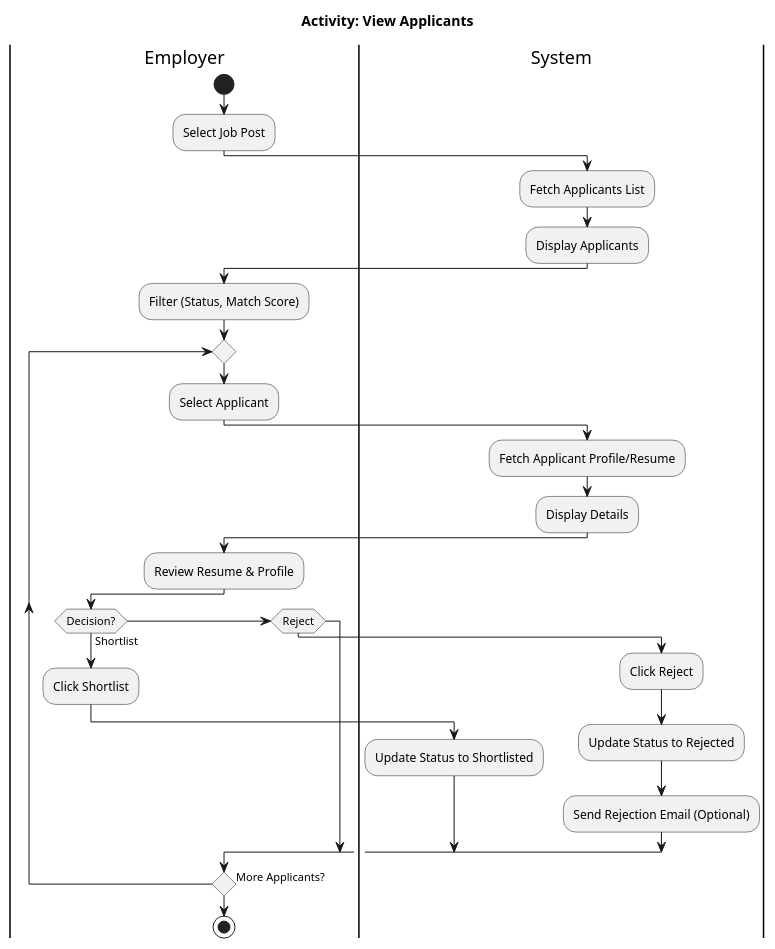
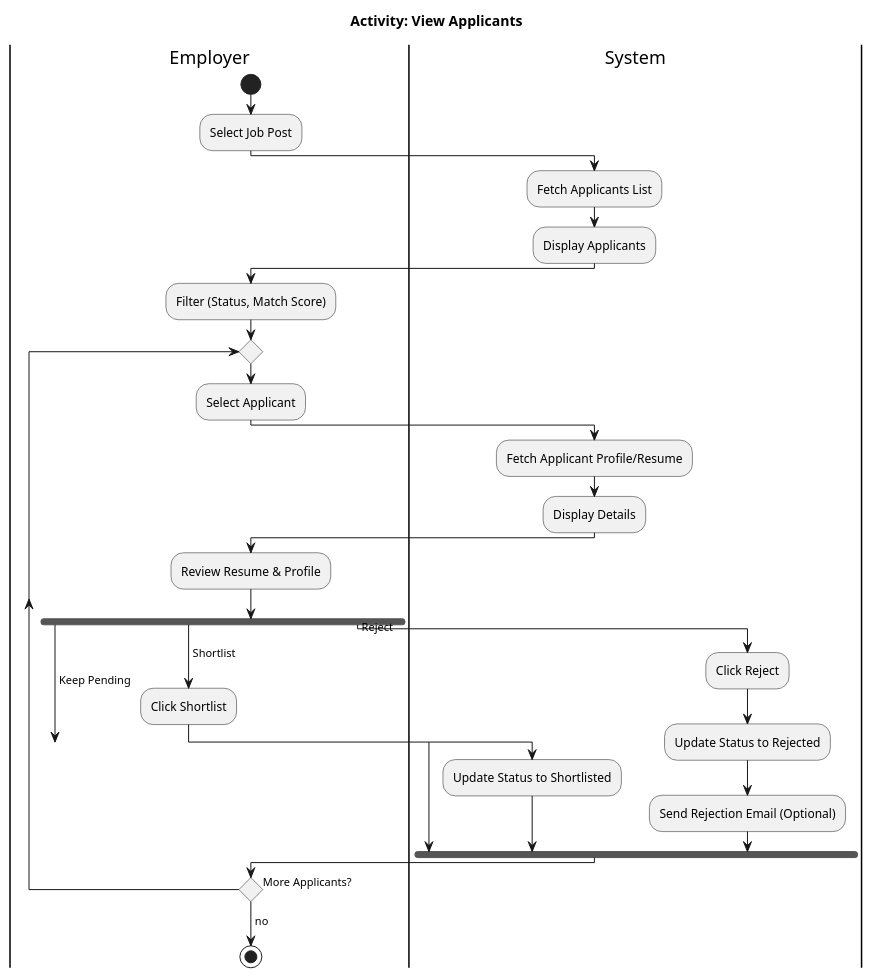
One commit to czefenglim/blue-collar-job-portal changed the diagram in docs/activity-view-apps.puml. Above: the diagram before and after it, drawn with PlantUML. The commit also changed 91 other files, not shown here.

```diff
--- a/docs/activity-view-apps.puml
+++ b/docs/activity-view-apps.puml
@@ -1,32 +1,39 @@
 @startuml UC_ViewApps
 skinparam conditionStyle diamond
+skinparam nodesep 100
+skinparam ranksep 60
 title Activity: View Applicants
 |Employer|
 start
 :Select Job Post;
 |System|
 :Fetch Applicants List;
 :Display Applicants;
 |Employer|
 :Filter (Status, Match Score);
 repeat
   :Select Applicant;
   |System|
   :Fetch Applicant Profile/Resume;
   :Display Details;
   |Employer|
   :Review Resume & Profile;
-  if (Decision?) then (Shortlist)
+  fork
+    -> Keep Pending;
+  fork again
+    -> Shortlist;
     :Click Shortlist;
     |System|
     :Update Status to Shortlisted;
-  elseif (Reject)
+  fork again
+    -> Reject;
     :Click Reject;
     |System|
     :Update Status to Rejected;
     :Send Rejection Email (Optional);
-  endif
+  end fork
 |Employer|
-repeat while (More Applicants?)
+repeat while (More Applicants?) is (yes)
+-> no;
 stop
 @enduml
```
